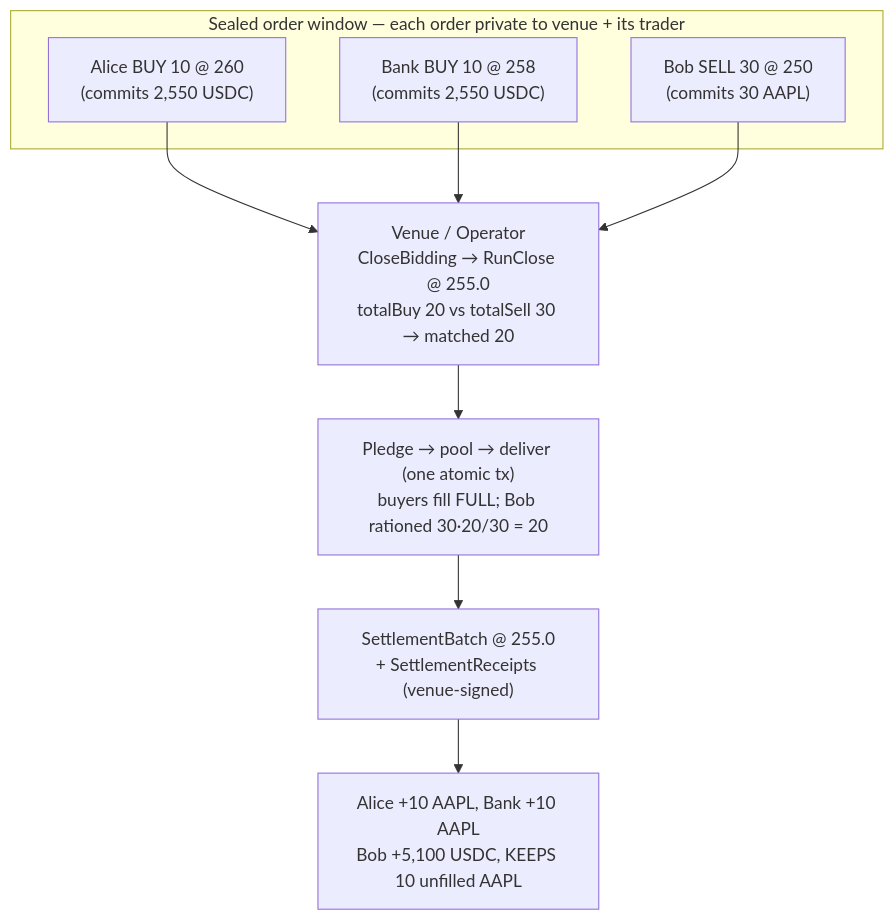
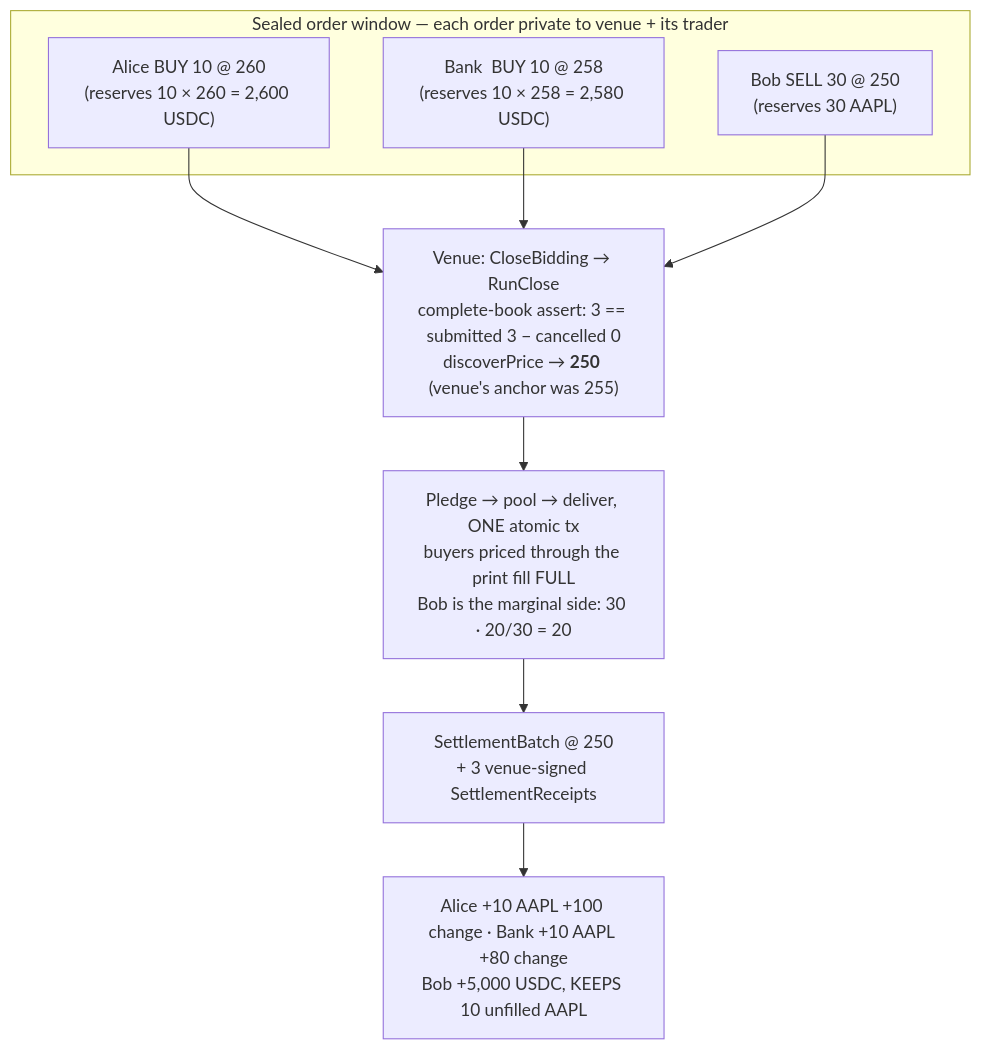
The second of 3 diagrams in README.md (superbigroach/canton-dvp-settlement-desk), drawn with Mermaid before and after one commit. The commit also changed other lines of this file and 193 other files, not shown here.

First line of the commit message:
fix: audit findings — recoverable close, wrong-instrument DoS, sealed-book clearing, cash dust, batch privacy

````diff
--- a/README.md
+++ b/README.md
@@ -184,15 +348,15 @@
 ```mermaid
 flowchart TD
     subgraph Sealed["Sealed order window — each order private to venue + its trader"]
-        BO1["Alice BUY 10 @ 260<br/>(commits 2,550 USDC)"]
-        BO2["Bank  BUY 10 @ 258<br/>(commits 2,550 USDC)"]
-        SO1["Bob  SELL 30 @ 250<br/>(commits 30 AAPL)"]
+        BO1["Alice BUY 10 @ 260<br/>(reserves 10 × 260 = 2,600 USDC)"]
+        BO2["Bank  BUY 10 @ 258<br/>(reserves 10 × 258 = 2,580 USDC)"]
+        SO1["Bob  SELL 30 @ 250<br/>(reserves 30 AAPL)"]
     end
-    Op["Venue / Operator<br/>CloseBidding → RunClose @ 255.0<br/>totalBuy 20 vs totalSell 30 → matched 20"]
     BO1 --> Op
     BO2 --> Op
     SO1 --> Op
-    Op --> P["Pledge → pool → deliver (one atomic tx)<br/>buyers fill FULL; Bob rationed 30·20/30 = 20"]
-    P --> B["SettlementBatch @ 255.0<br/>+ SettlementReceipts (venue-signed)"]
-    B --> R["Alice +10 AAPL, Bank +10 AAPL<br/>Bob +5,100 USDC, KEEPS 10 unfilled AAPL"]
+    Op["Venue: CloseBidding → RunClose<br/>complete-book assert: 3 == submitted 3 − cancelled 0<br/>discoverPrice → <b>250</b> (venue's anchor was 255)"]
+    Op --> P["Pledge → pool → deliver, ONE atomic tx<br/>buyers priced through the print fill FULL<br/>Bob is the marginal side: 30 · 20/30 = 20"]
+    P --> B["SettlementBatch @ 250<br/>+ 3 venue-signed SettlementReceipts"]
+    B --> R["Alice +10 AAPL +100 change · Bank +10 AAPL +80 change<br/>Bob +5,000 USDC, KEEPS 10 unfilled AAPL"]
 ```
````
